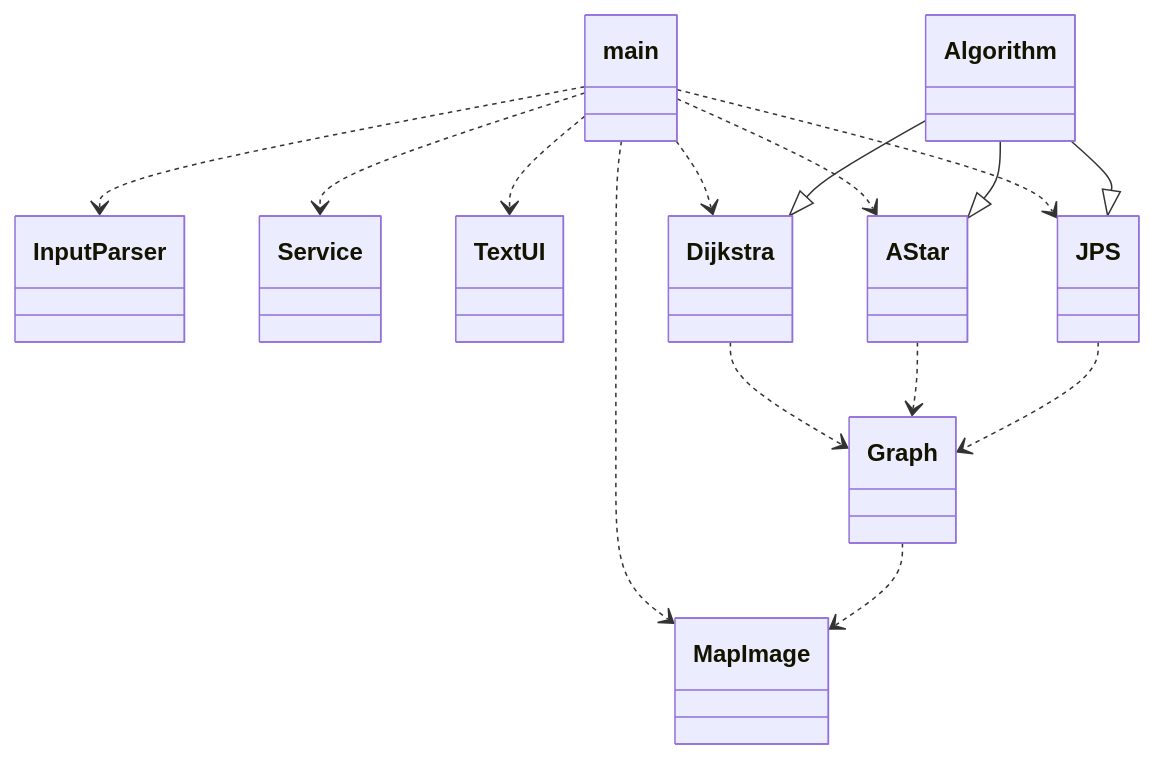
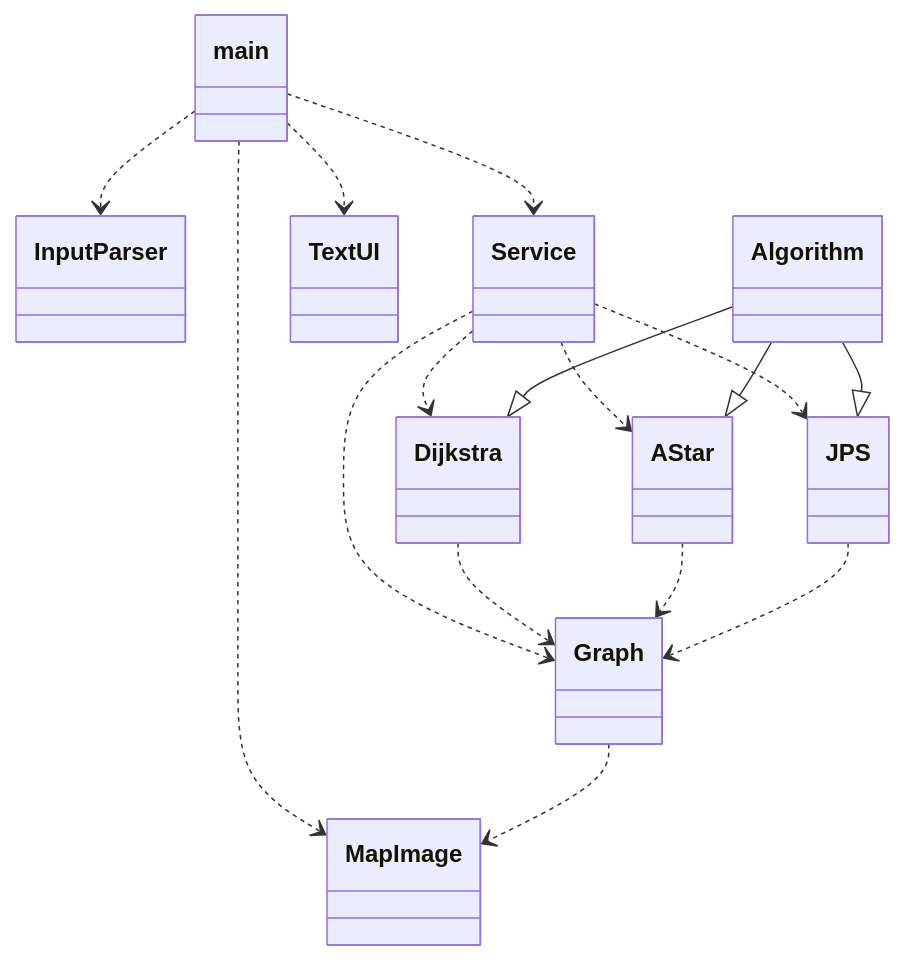
One commit to antonlep/shortest-path changed the diagram in documentation/implementation.md. Above: the diagram before and after it, drawn with Mermaid.

````diff
--- a/documentation/implementation.md
+++ b/documentation/implementation.md
@@ -3,33 +3,34 @@
 ```mermaid
  classDiagram
       main ..> InputParser
       main ..> Service
       main ..> TextUI
-      main ..> Dijkstra
-      main ..> AStar
-      main ..> JPS
       main ..> MapImage
+      Service ..> Dijkstra
+      Service ..> AStar
+      Service ..> JPS
+      Service ..> Graph
       Dijkstra ..> Graph
       AStar ..> Graph
       JPS ..> Graph
       Graph ..> MapImage
       Algorithm --|> Dijkstra
       Algorithm --|> AStar
       Algorithm --|> JPS
       class main{
       }
       class InputParser{
       }
       class Algorithm{
       }
       class MapImage{
       }
       class Graph{
       }
       class Dijkstra{
       }
       class AStar{
       }
       class JPS{
       }
 ```
````
